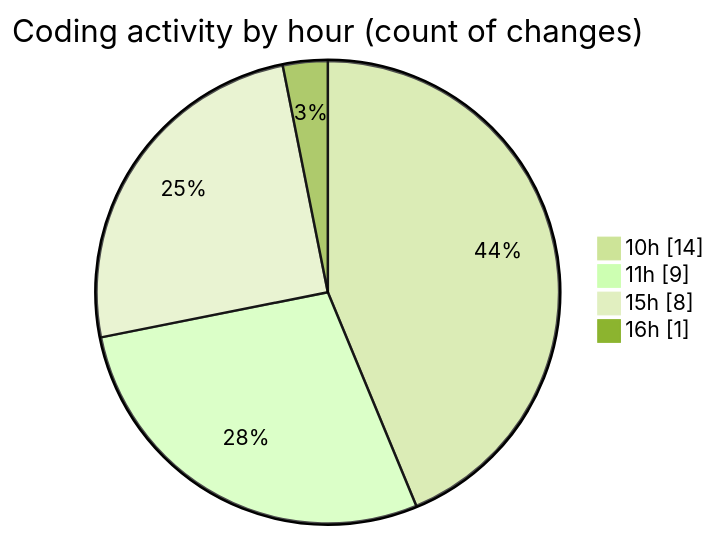
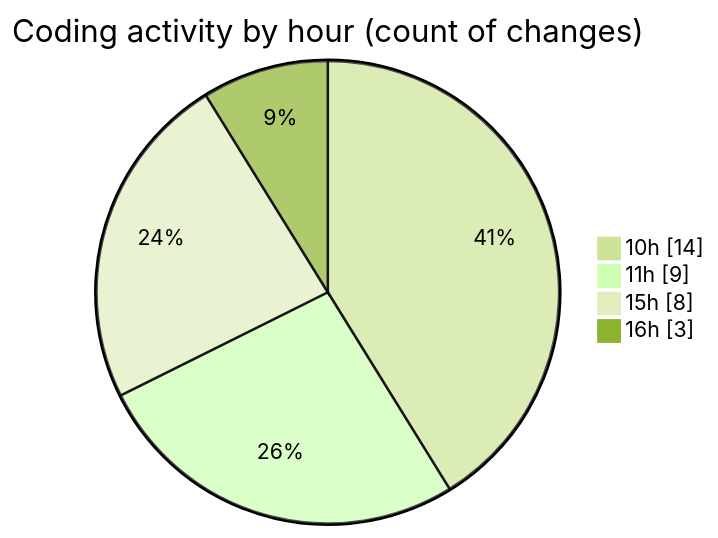
One commit to Elitesun/code-tracking changed the second of 2 diagrams in 2025-02-08/react_ecom/README.md. Above: the diagram before and after it, drawn with Mermaid (forest theme). The commit also changed other lines of this file and 1 other file, not shown here.

````diff
--- a/2025-02-08/react_ecom/README.md
+++ b/2025-02-08/react_ecom/README.md
@@ -35,8 +35,8 @@
 ```mermaid
 pie showData
 title Coding activity by hour (count of changes)
 "10h" : 14
 "11h" : 9
 "15h" : 8
-"16h" : 1
+"16h" : 3
 ```
````
